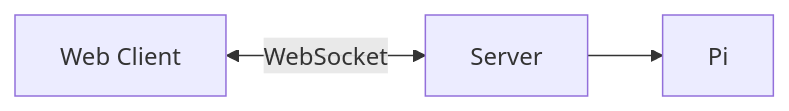
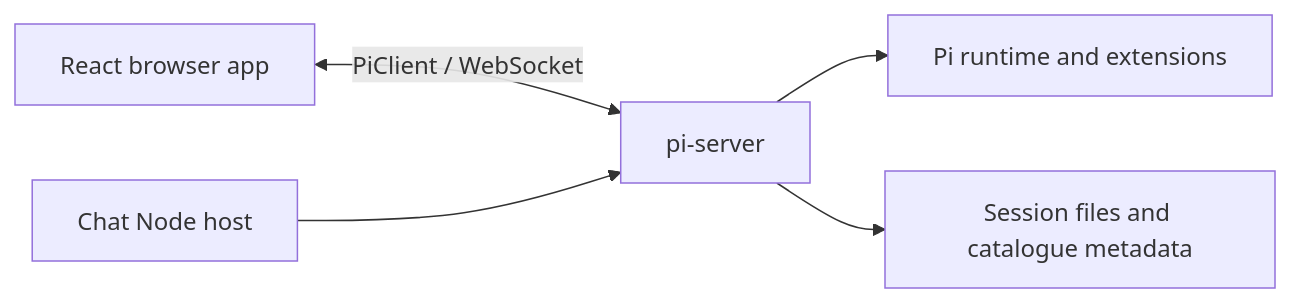
One commit to ManuelSelch/pi-chat changed the diagram in docs/architecture.md. Above: the diagram before and after it, drawn with Mermaid. The commit also changed other lines of this file and 95 other files, not shown here.

````diff
--- a/docs/architecture.md
+++ b/docs/architecture.md
@@ -15,5 +8,7 @@
 ```mermaid
 flowchart LR
-    WebClient[Web Client] <-->|WebSocket| Server[Server]
-    Server --> Pi[Pi]
+    Browser[React browser app] <-->|PiClient / WebSocket| Server[pi-server]
+    Host[Chat Node host] --> Server
+    Server --> Pi[Pi runtime and extensions]
+    Server --> History[Session files and catalogue metadata]
 ```
````
